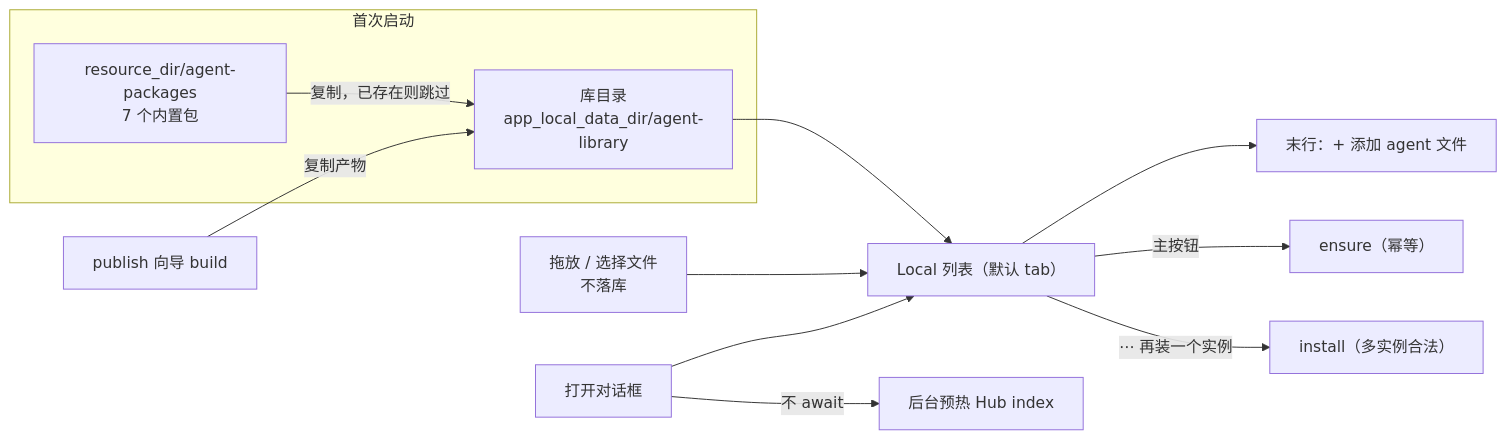
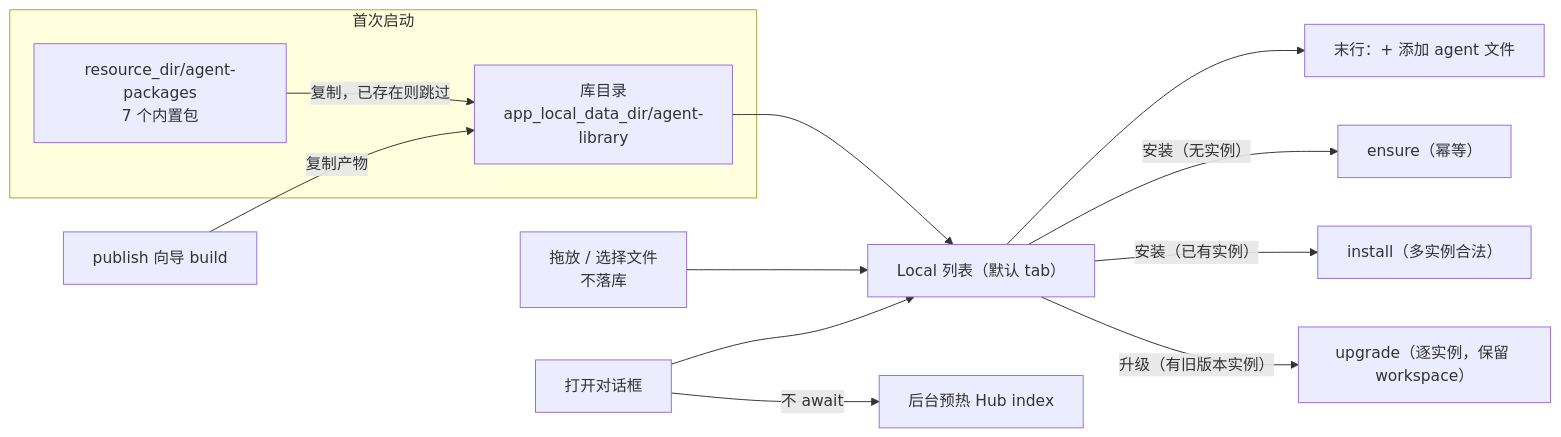
Before and after one commit to acowork/acowork: the second of 2 diagrams in docs/prd/zh/prd-agent-hub-install-dialog.md, drawn with Mermaid. The commit also changed other lines of this file and 15 other files, not shown here.

First line of the commit message:
feat(desktop): give the install dialog a real upgrade action

````diff
--- a/docs/prd/zh/prd-agent-hub-install-dialog.md
+++ b/docs/prd/zh/prd-agent-hub-install-dialog.md
@@ -375,14 +378,15 @@
 ```mermaid
 flowchart LR
     subgraph BOOT["首次启动"]
         B1["resource_dir/agent-packages<br/>7 个内置包"] -->|"复制，已存在则跳过"| B2["库目录<br/>app_local_data_dir/agent-library"]
     end
     B2 --> L["Local 列表（默认 tab）"]
     B3["publish 向导 build"] -->|"复制产物"| B2
     B4["拖放 / 选择文件<br/>不落库"] --> L
     L --> R["末行：+ 添加 agent 文件"]
-    L -->|"主按钮"| E["ensure（幂等）"]
-    L -->|"⋯ 再装一个实例"| I["install（多实例合法）"]
+    L -->|"安装（无实例）"| E["ensure（幂等）"]
+    L -->|"安装（已有实例）"| I["install（多实例合法）"]
+    L -->|"升级（有旧版本实例）"| U["upgrade（逐实例，保留 workspace）"]
     O["打开对话框"] -->|"不 await"| P["后台预热 Hub index"]
     O --> L
 ```
````
